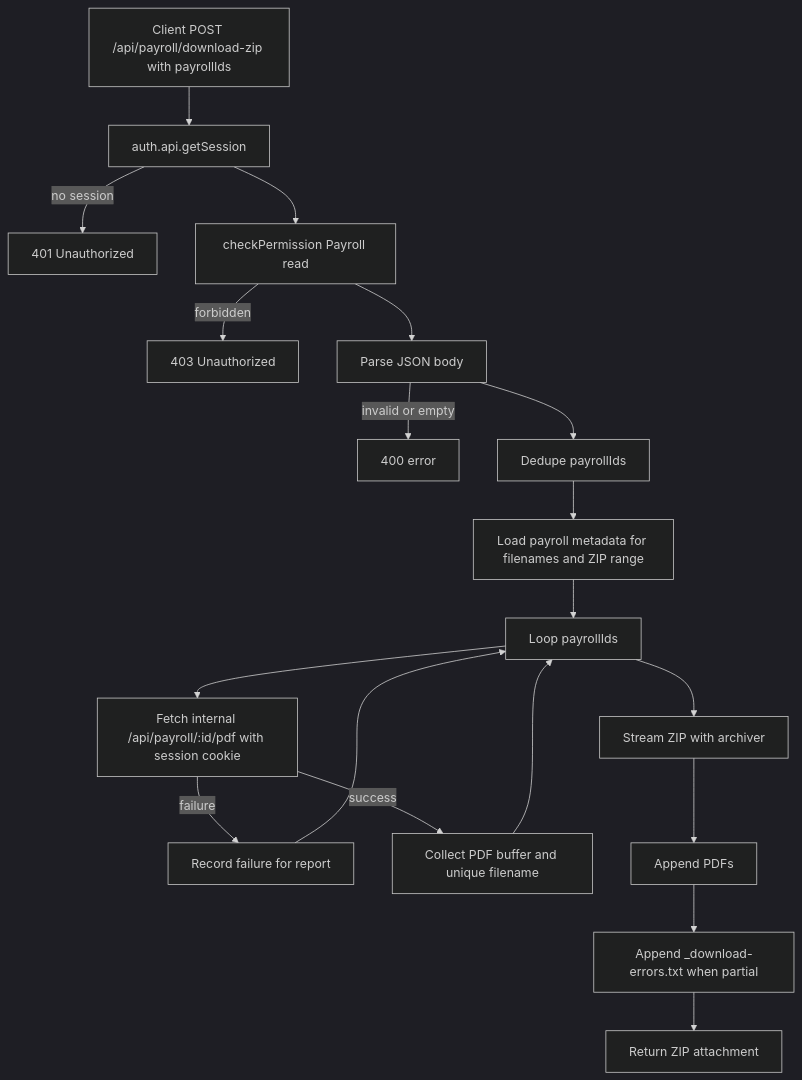
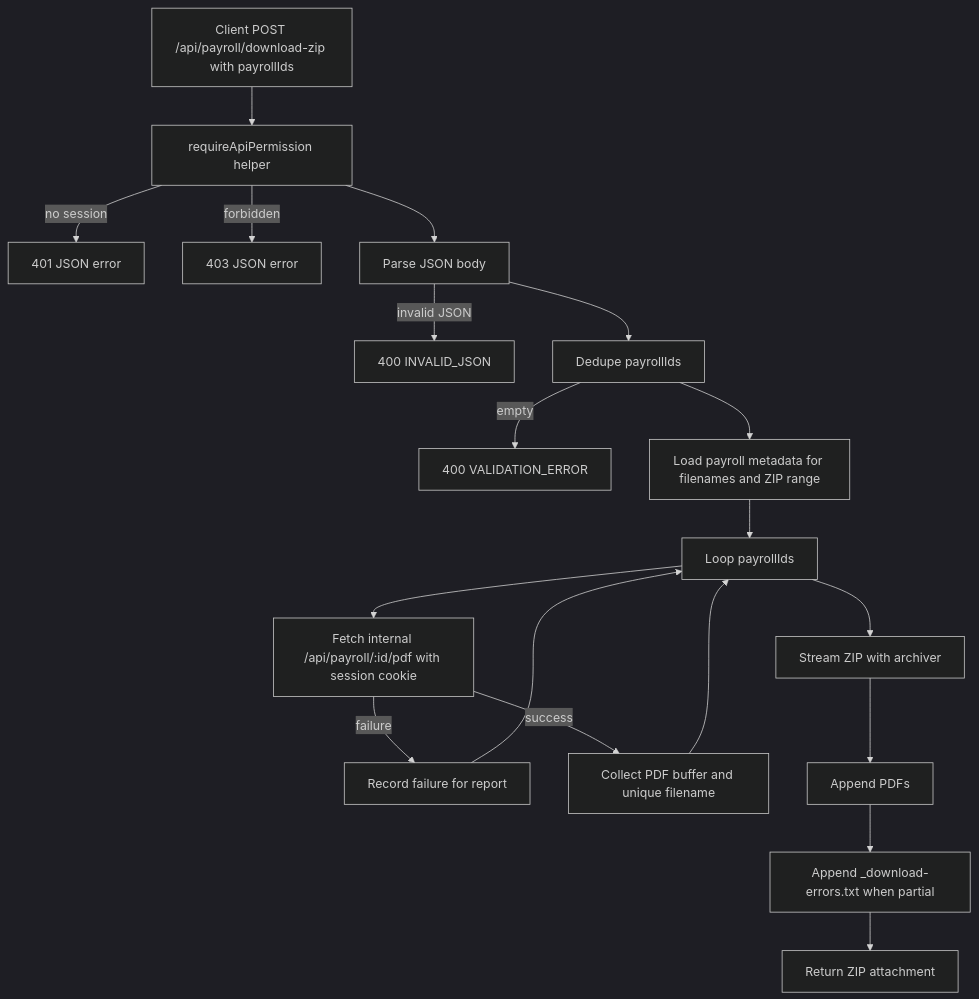
One commit to daniellim922/One-Laundry-Project-Alpha-v1 changed diagram 11 of 11 in .codex/docs/api-workflows.md. Above: the diagram before and after it, drawn with Mermaid (dark theme). The commit also changed other lines of this file and 8 other files, not shown here.

````diff
--- a/.codex/docs/api-workflows.md
+++ b/.codex/docs/api-workflows.md
@@ -183,21 +181,21 @@
 ```mermaid
 flowchart TD
-    A[Client POST /api/payroll/download-zip with payrollIds] --> B[auth.api.getSession]
-    B -->|no session| C[401 Unauthorized]
-    B --> D[checkPermission Payroll read]
-    D -->|forbidden| E[403 Unauthorized]
-    D --> F[Parse JSON body]
-    F -->|invalid or empty| G[400 error]
-    F --> H[Dedupe payrollIds]
-    H --> I[Load payroll metadata for filenames and ZIP range]
+    A[Client POST /api/payroll/download-zip with payrollIds] --> B[requireApiPermission helper]
+    B -->|no session| C[401 JSON error]
+    B -->|forbidden| D[403 JSON error]
+    B --> E[Parse JSON body]
+    E -->|invalid JSON| F[400 INVALID_JSON]
+    E --> G[Dedupe payrollIds]
+    G -->|empty| H[400 VALIDATION_ERROR]
+    G --> I[Load payroll metadata for filenames and ZIP range]
     I --> J[Loop payrollIds]
     J --> K[Fetch internal /api/payroll/:id/pdf with session cookie]
     K -->|failure| L[Record failure for report]
     K -->|success| M[Collect PDF buffer and unique filename]
     M --> J
     L --> J
     J --> N[Stream ZIP with archiver]
     N --> O[Append PDFs]
     O --> P[Append _download-errors.txt when partial]
     P --> Q[Return ZIP attachment]
 ```
````
